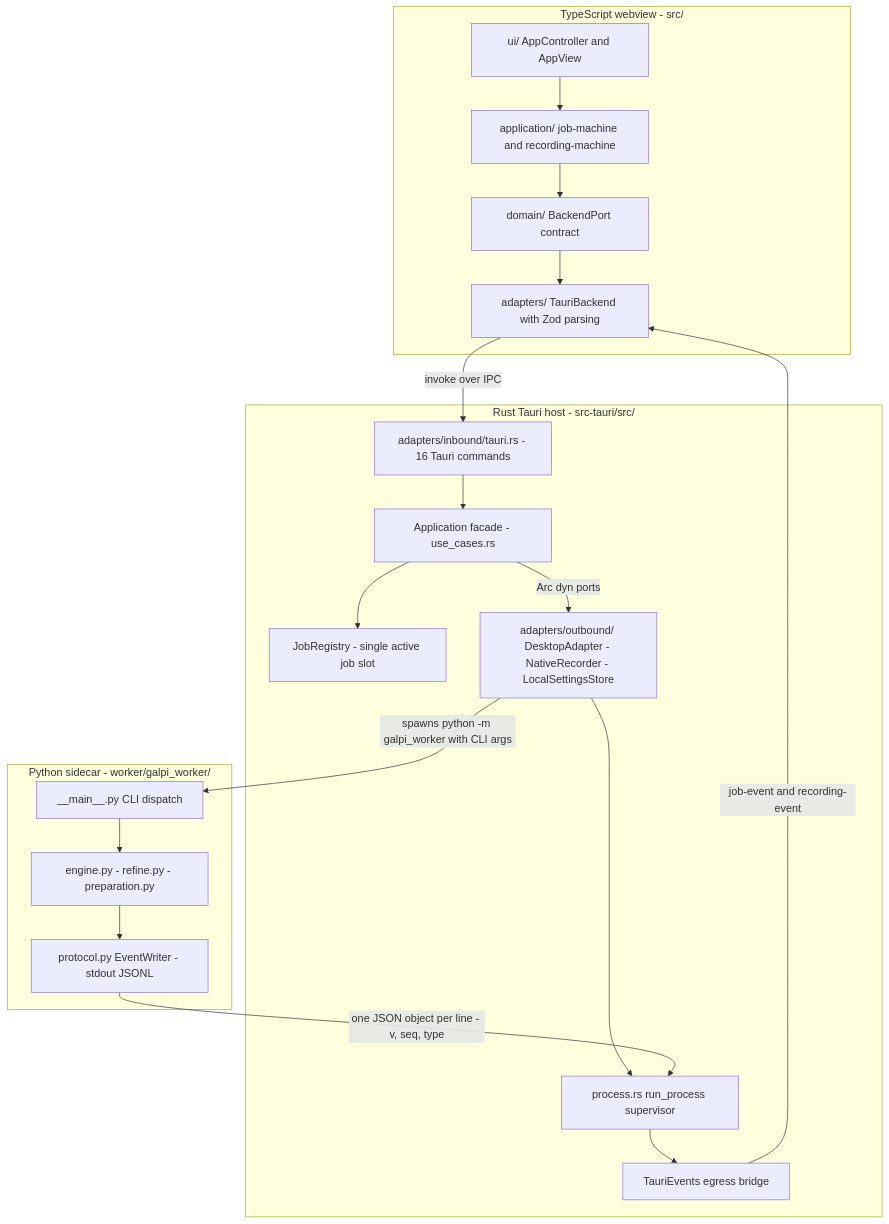
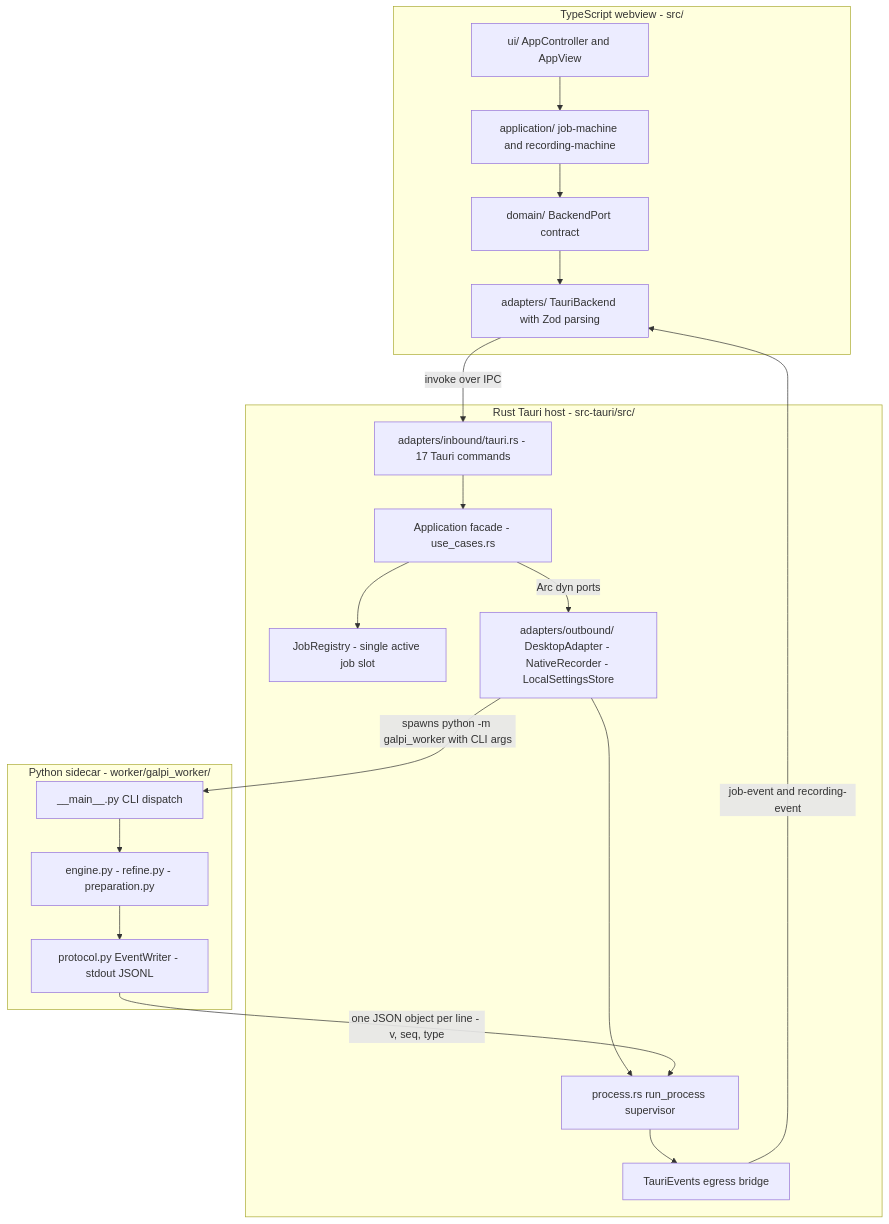
The diagram in openwiki/architecture/system-overview.md (m16khb/galpi), drawn with Mermaid before and after one commit. The commit also changed other lines of this file and 39 other files, not shown here.

````diff
--- a/openwiki/architecture/system-overview.md
+++ b/openwiki/architecture/system-overview.md
@@ -155,26 +157,26 @@
 ```mermaid
 flowchart TD
     subgraph WEBVIEW["TypeScript webview - src/"]
         UI["ui/ AppController and AppView"] --> SM["application/ job-machine and recording-machine"]
         SM --> BP["domain/ BackendPort contract"]
         BP --> TB["adapters/ TauriBackend with Zod parsing"]
     end
 
     subgraph HOST["Rust Tauri host - src-tauri/src/"]
-        CMD["adapters/inbound/tauri.rs - 16 Tauri commands"] --> APP["Application facade - use_cases.rs"]
+        CMD["adapters/inbound/tauri.rs - 17 Tauri commands"] --> APP["Application facade - use_cases.rs"]
         APP --> REG["JobRegistry - single active job slot"]
         APP -->|"Arc dyn ports"| OUT["adapters/outbound/ DesktopAdapter - NativeRecorder - LocalSettingsStore"]
         OUT --> PROC["process.rs run_process supervisor"]
         PROC --> EV["TauriEvents egress bridge"]
     end
 
     subgraph WORKER["Python sidecar - worker/galpi_worker/"]
         MAIN["__main__.py CLI dispatch"] --> ENG["engine.py - refine.py - preparation.py"]
         ENG --> EW["protocol.py EventWriter - stdout JSONL"]
     end
 
     TB -->|"invoke over IPC"| CMD
     OUT -->|"spawns python -m galpi_worker with CLI args"| MAIN
     EW -->|"one JSON object per line - v, seq, type"| PROC
     EV -->|"job-event and recording-event"| TB
 ```
````
